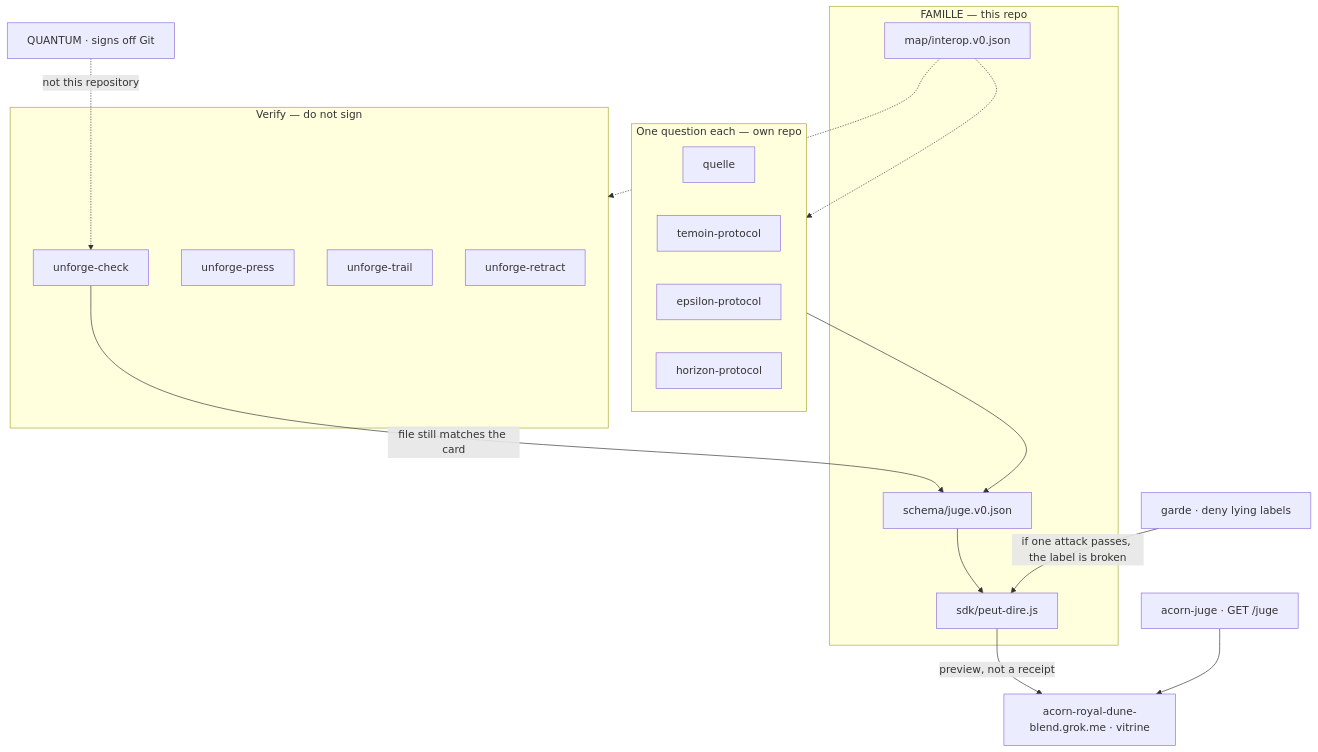
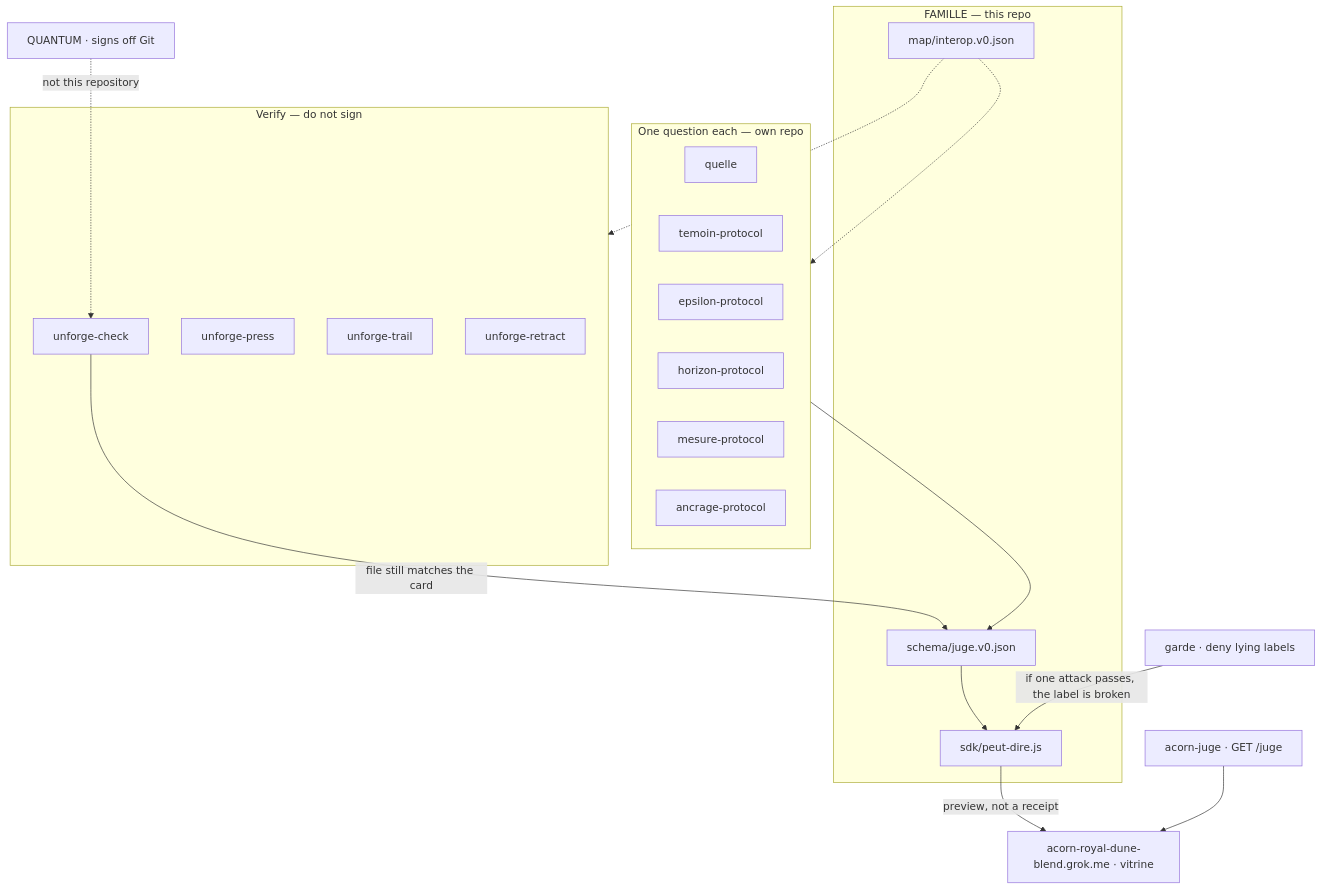
The diagram in README.md (carllaliberte/famille), drawn with Mermaid before and after one commit. The commit also changed other lines of this file, not shown here.

Commit message:
docs: pointer MESURE + ANCRAGE

````diff
--- a/README.md
+++ b/README.md
@@ -44,37 +44,39 @@
 ```mermaid
 flowchart TB
   subgraph map [FAMILLE — this repo]
     Schema["schema/juge.v0.json"]
     Dire["sdk/peut-dire.js"]
     Interop["map/interop.v0.json"]
   end
 
   subgraph rails [One question each — own repo]
     Quelle["quelle"]
     Temoin["temoin-protocol"]
     Epsilon["epsilon-protocol"]
     Horizon["horizon-protocol"]
+    Mesure["mesure-protocol"]
+    Ancrage["ancrage-protocol"]
   end
 
   subgraph verify [Verify — do not sign]
     Check["unforge-check"]
     Press["unforge-press"]
     Trail["unforge-trail"]
     Retract["unforge-retract"]
   end
 
   Canal["acorn-juge · GET /juge"]
   Garde["garde · deny lying labels"]
   Host["acorn-royal-dune-blend.grok.me · vitrine"]
   Seal["QUANTUM · signs off Git"]
 
   rails --> Schema
   Schema --> Dire
   Interop -.-> rails
   Interop -.-> verify
   Dire -->|"preview, not a receipt"| Host
   Canal --> Host
   Check -->|"file still matches the card"| Schema
   Garde -->|"if one attack passes, the label is broken"| Dire
   Seal -.->|"not this repository"| Check
 ```
````
